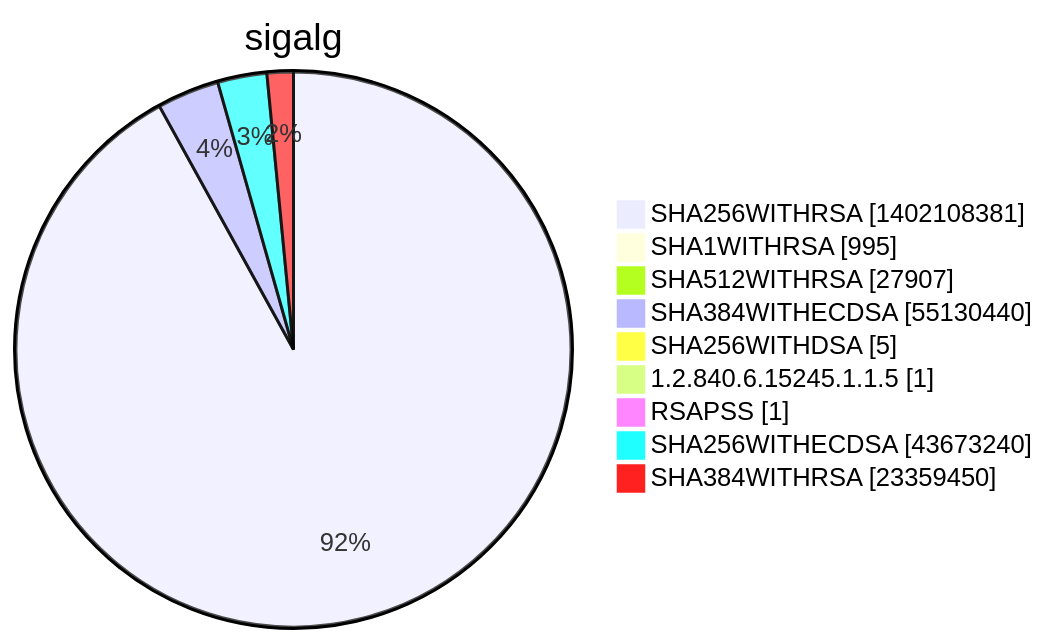
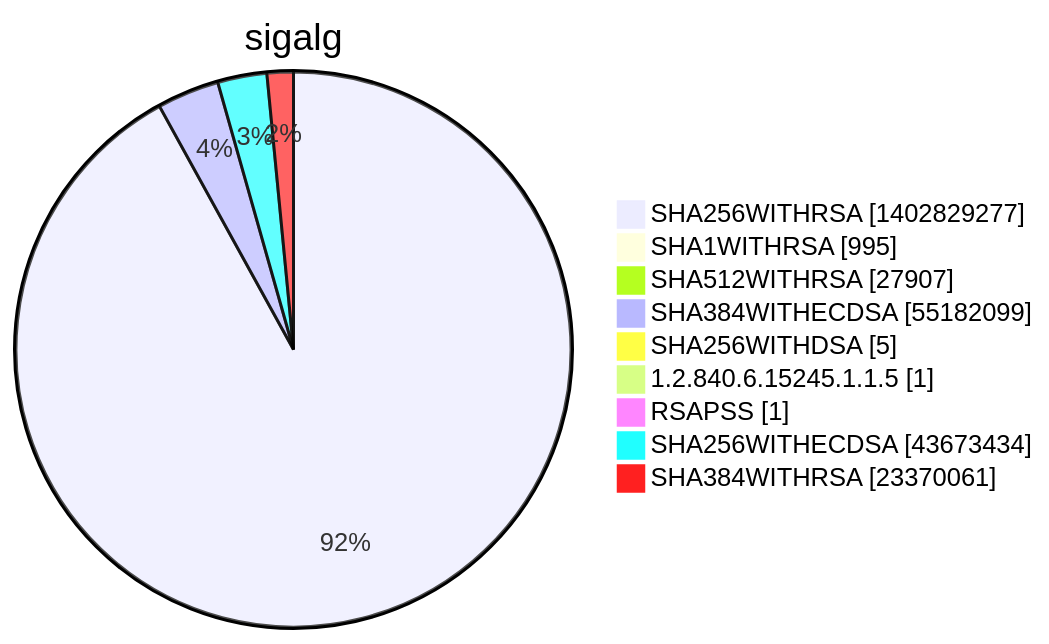
Diagram 15 of 15 in xenon2022/README.md (christiankrug/ctmonitor_visualization), drawn with Mermaid before and after one commit. The commit also changed other lines of this file, not shown here.

````diff
--- a/xenon2022/README.md
+++ b/xenon2022/README.md
@@ -5855,13 +5856,13 @@
 ```mermaid
 pie showData
 title sigalg
-"SHA256WITHRSA" :1402108381
+"SHA256WITHRSA" :1402829277
 "SHA1WITHRSA" :995
 "SHA512WITHRSA" :27907
-"SHA384WITHECDSA" :55130440
+"SHA384WITHECDSA" :55182099
 "SHA256WITHDSA" :5
 "1.2.840.6.15245.1.1.5" :1
 "RSAPSS" :1
-"SHA256WITHECDSA" :43673240
-"SHA384WITHRSA" :23359450
+"SHA256WITHECDSA" :43673434
+"SHA384WITHRSA" :23370061
 ```
````
